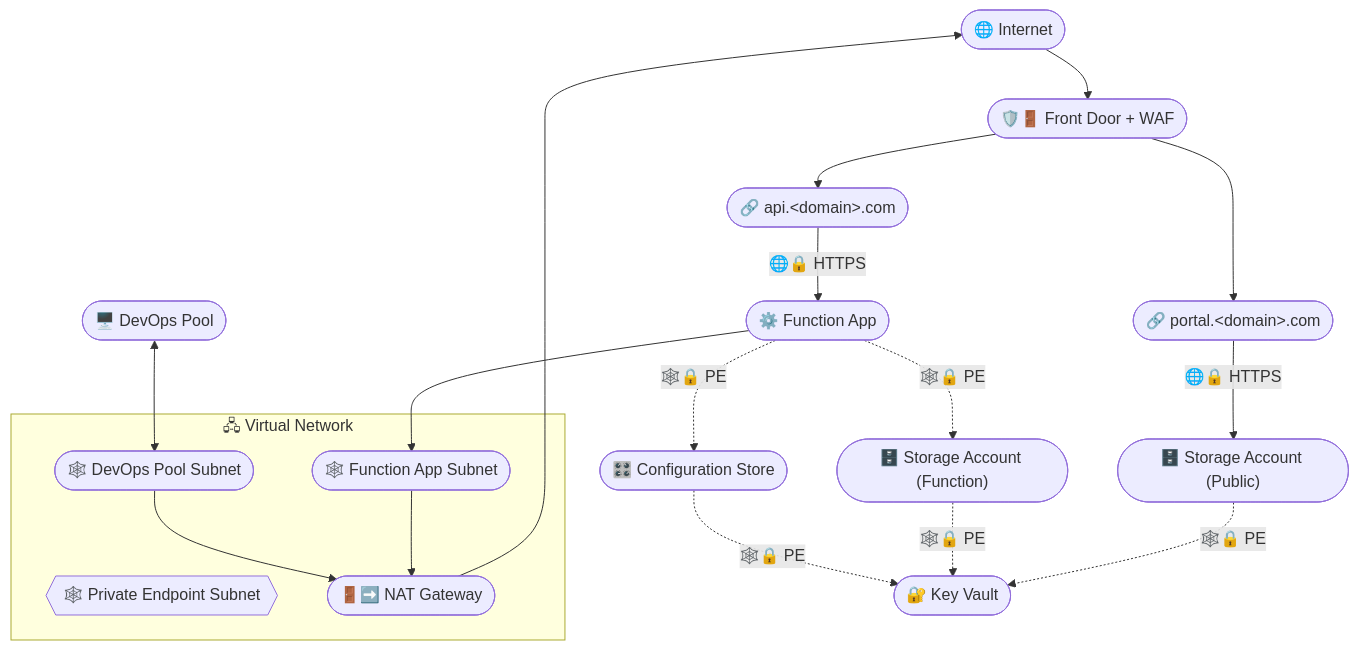
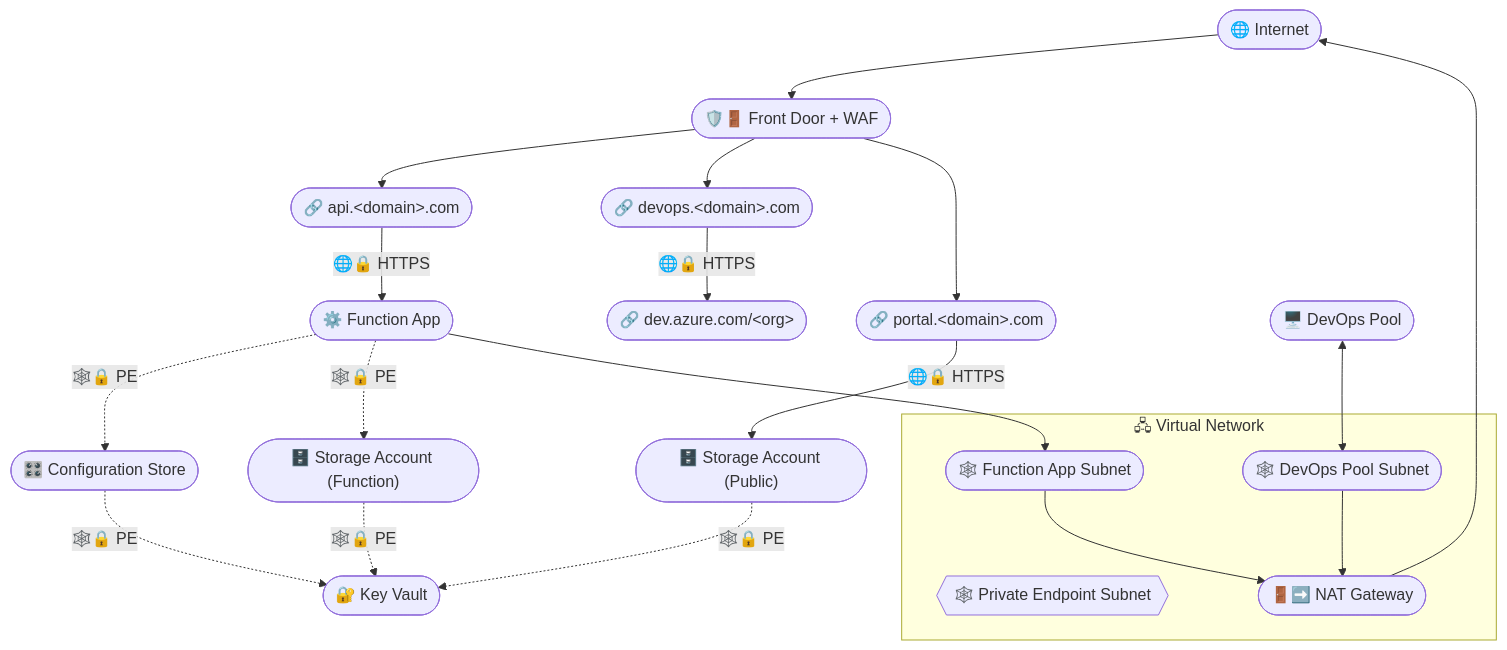
One commit to ByteTerrace/ByteTerrace.Resources changed the diagram in README.md. Above: the diagram before and after it, drawn with Mermaid. The commit also changed other lines of this file and 2 other files, not shown here.

Commit message:
Merged PR 31: refactored public DNS handling

```diff
--- a/README.md
+++ b/README.md
@@ -23,37 +23,41 @@
 ::: mermaid
 graph TB
+    AzureDevOps(["🔗 dev.azure.com/&lt;org&gt;"])
     Internet(["🌐 Internet"])
 
     FrontDoor(["🛡️🚪 Front Door + WAF"])
     DnsApi(["🔗 api.&lt;domain&gt;.com"])
+    DnsDevOps(["🔗 devops.&lt;domain&gt;.com"])
     DnsPortal(["🔗 portal.&lt;domain&gt;.com"])
     FunctionApp(["⚙️ Function App"])
     StorageAccountFunction(["🗄️ Storage Account (Function)"])
     StorageAccountPublic(["🗄️ Storage Account (Public)"])
     ConfigurationStore(["🎛️ Configuration Store"])
     KeyVault(["🔐 Key Vault"])
     DevOpsPool(["🖥️ DevOps Pool"])
 
     subgraph Networking ["🖧 Virtual Network"]
         DevOpsPoolSubnet(["🕸️ DevOps Pool Subnet"])
         FunctionAppSubnet(["🕸️ Function App Subnet"])
         PrivateEndpointSubnet{{"🕸️ Private Endpoint Subnet"}}
         NatGateway(["🚪➡️ NAT Gateway"])
     end
 
     Internet --> FrontDoor
     FrontDoor --> DnsApi
+    FrontDoor --> DnsDevOps
     FrontDoor --> DnsPortal
     DnsApi --> |🌐🔒 HTTPS| FunctionApp
+    DnsDevOps --> |🌐🔒 HTTPS| AzureDevOps
     DnsPortal --> |🌐🔒 HTTPS| StorageAccountPublic
     FunctionApp -.-> |🕸️🔒 PE| ConfigurationStore
     FunctionApp -.-> |🕸️🔒 PE| StorageAccountFunction
     FunctionApp --> FunctionAppSubnet
     ConfigurationStore -.-> |🕸️🔒 PE| KeyVault
     StorageAccountFunction -.-> |🕸️🔒 PE| KeyVault
     StorageAccountPublic -.-> |🕸️🔒 PE| KeyVault
     DevOpsPool <--> DevOpsPoolSubnet
     DevOpsPoolSubnet --> NatGateway
     FunctionAppSubnet --> NatGateway
     NatGateway --> Internet
 :::
```
